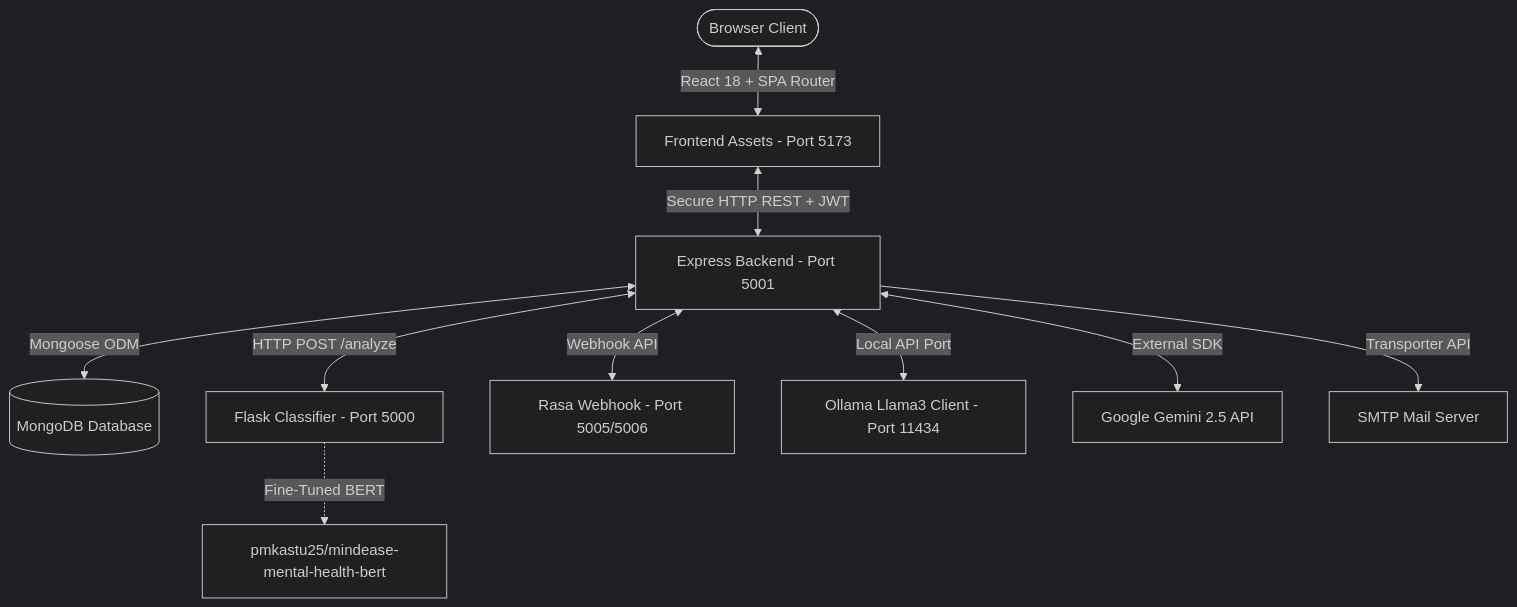
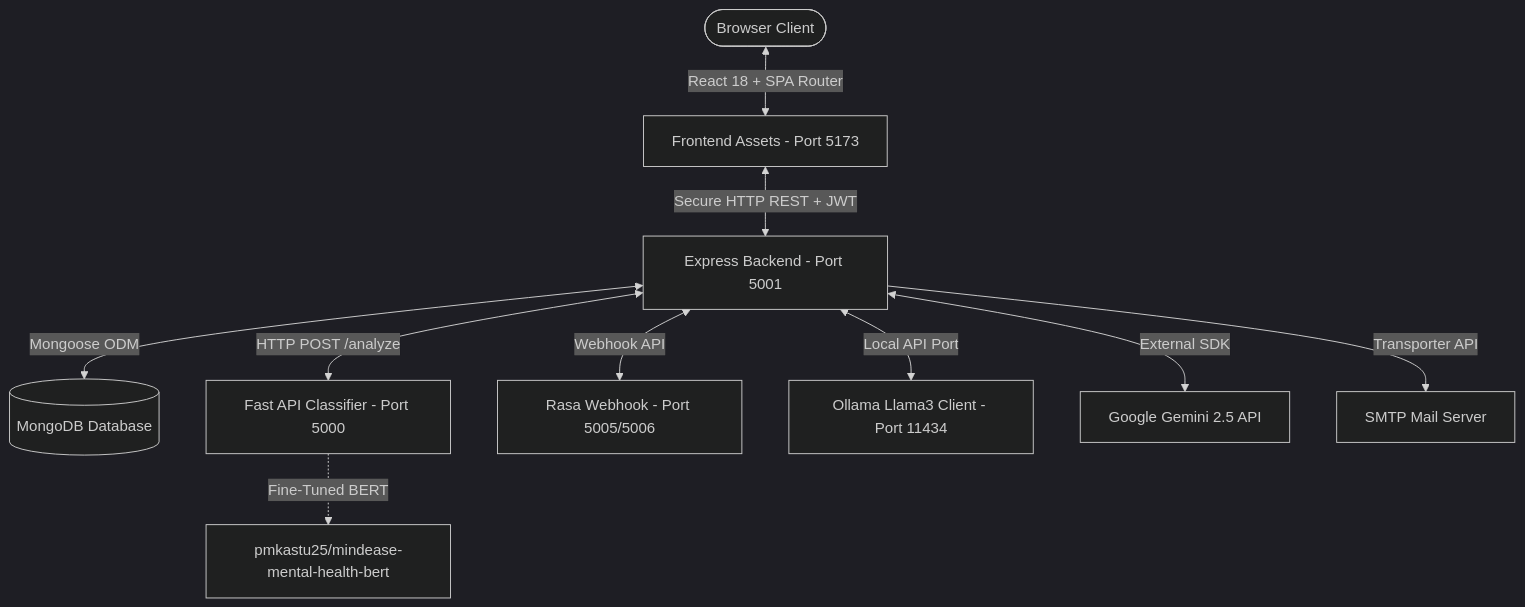
The diagram in README.md (pmkastu25/MindEase-AI), drawn with Mermaid (dark theme) before and after one commit. The commit also changed other lines of this file, not shown here.

````diff
--- a/README.md
+++ b/README.md
@@ -22,12 +22,12 @@
 ```mermaid
 graph TD
     User([Browser Client]) <-->|React 18 + SPA Router| Client[Frontend Assets - Port 5173]
     Client <-->|Secure HTTP REST + JWT| Gateway[Express Backend - Port 5001]
     Gateway <-->|Mongoose ODM| Store[(MongoDB Database)]
-    Gateway <-->|HTTP POST /analyze| Inference[Flask Classifier - Port 5000]
+    Gateway <-->|HTTP POST /analyze| Inference[Fast API Classifier - Port 5000]
     Inference -.->|Fine-Tuned BERT| Model[pmkastu25/mindease-mental-health-bert]
     Gateway <-->|Webhook API| RasaNLU[Rasa Webhook - Port 5005/5006]
     Gateway <-->|Local API Port| LocalLLM[Ollama Llama3 Client - Port 11434]
     Gateway <-->|External SDK| CloudLLM[Google Gemini 2.5 API]
     Gateway -->|Transporter API| Mailer[SMTP Mail Server]
 ```
````
